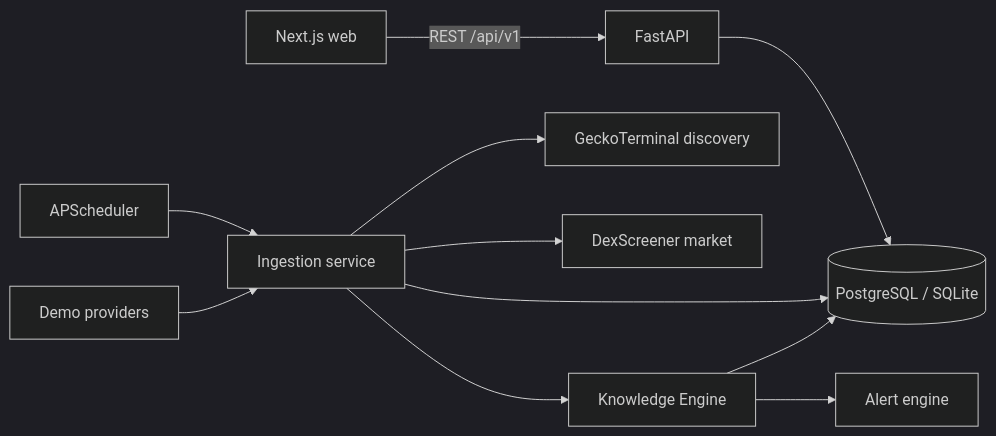
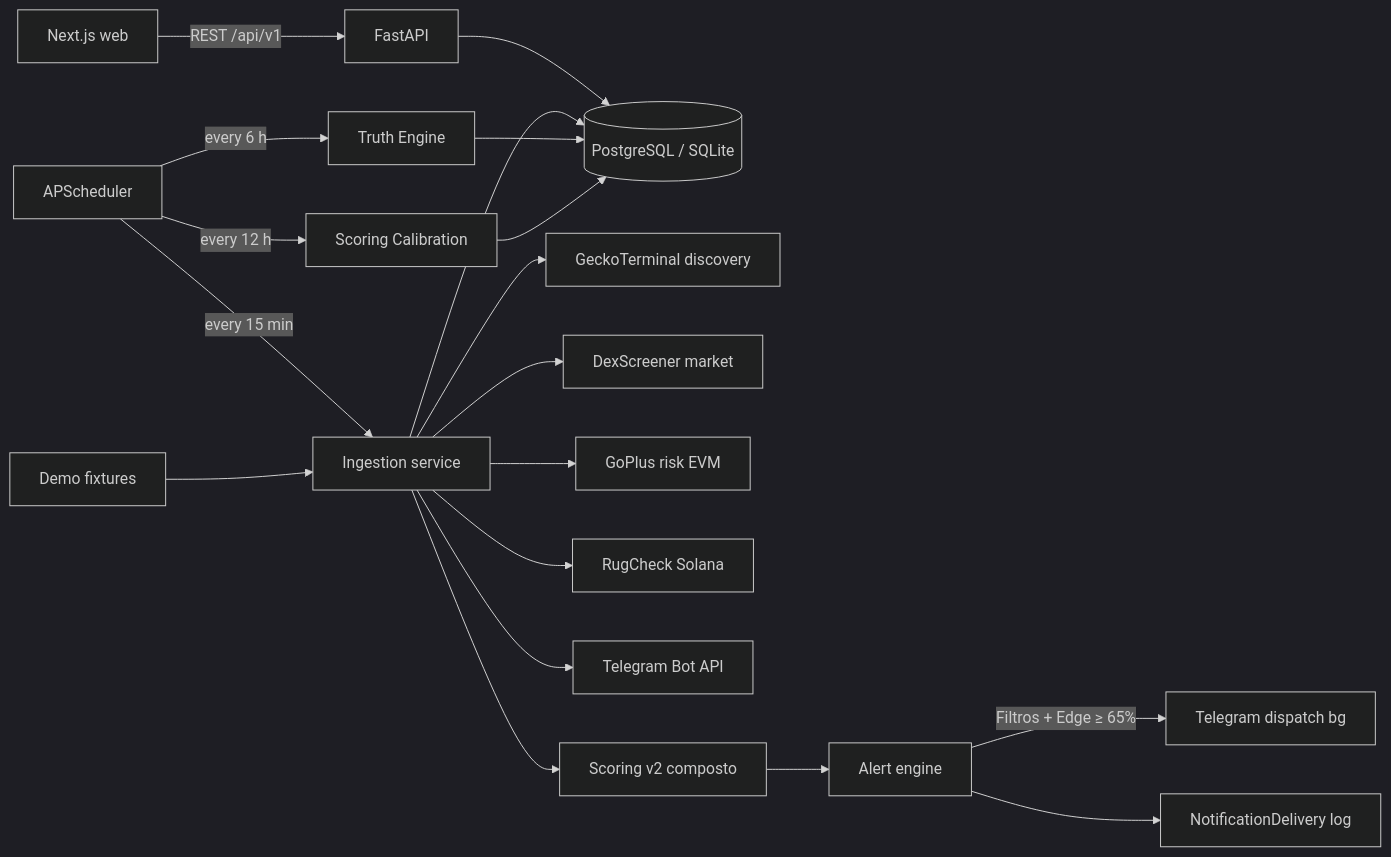
The diagram in labs/ag47-altcoin-radar/docs/architecture.md (ag47-pt/Website), drawn with Mermaid (dark theme) before and after one commit. The commit also changed other lines of this file and 27 other files, not shown here.

````diff
--- a/labs/ag47-altcoin-radar/docs/architecture.md
+++ b/labs/ag47-altcoin-radar/docs/architecture.md
@@ -22,13 +22,21 @@
 ```mermaid
 flowchart LR
     Web[Next.js web] -->|REST /api/v1| API[FastAPI]
     API --> DB[(PostgreSQL / SQLite)]
-    Scheduler[APScheduler] --> Ingestion[Ingestion service]
-    Ingestion --> Discovery[GeckoTerminal discovery]
-    Ingestion --> Market[DexScreener market]
+    Scheduler[APScheduler] -->|every 15 min| Ingestion[Ingestion service]
+    Scheduler -->|every 6 h| TruthEng[Truth Engine]
+    Scheduler -->|every 12 h| Calibration[Scoring Calibration]
+    Ingestion --> GeckoT[GeckoTerminal discovery]
+    Ingestion --> DexS[DexScreener market]
+    Ingestion --> GoPlus[GoPlus risk EVM]
+    Ingestion --> RugCheck[RugCheck Solana]
+    Ingestion --> Telegram[Telegram Bot API]
     Ingestion --> DB
-    Ingestion --> Knowledge[Knowledge Engine]
-    Knowledge --> DB
-    Knowledge --> Alerts[Alert engine]
-    Demo[Demo providers] --> Ingestion
+    Ingestion --> Scoring[Scoring v2 composto]
+    Scoring --> Alerts[Alert engine]
+    Alerts -->|Filtros + Edge ≥ 65%| TgDispatch[Telegram dispatch bg]
+    Alerts --> NotifLog[NotificationDelivery log]
+    TruthEng --> DB
+    Calibration --> DB
+    Demo[Demo fixtures] --> Ingestion
 ```
````
